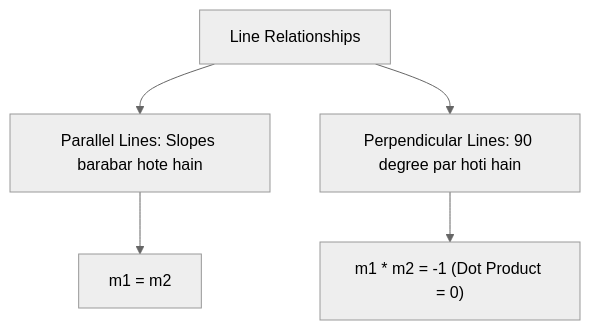
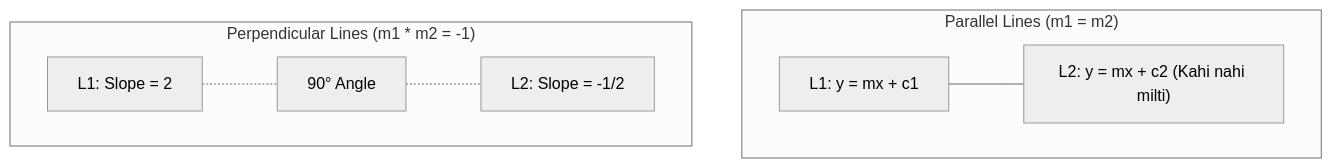
One commit to S1h2i3v4a/AI_ML changed the diagram in lecture_21/Notes_21.04/README_HINGLISH.md. Above: the diagram before and after it, drawn with Mermaid (neutral theme). The commit also changed other lines of this file and 203 other files, not shown here.

Commit message:
docs(lectures 19-21): align notes with video lectures, add blackboard diagrams, clean structured functions, and compile vector PDFs

````diff
--- a/lecture_21/Notes_21.04/README_HINGLISH.md
+++ b/lecture_21/Notes_21.04/README_HINGLISH.md
@@ -15,7 +44,9 @@
 ```mermaid
 flowchart TD
-    A["Line Relationships"] --> B["Parallel Lines: Slopes barabar hote hain"]
-    A --> C["Perpendicular Lines: 90 degree par hoti hain"]
-    B --> D["m1 = m2"]
-    C --> E["m1 * m2 = -1 (Dot Product = 0)"]
+    subgraph Parallel["Parallel Lines (m1 = m2)"]
+        L1["L1: y = mx + c1"] --- L2["L2: y = mx + c2 (Kahi nahi milti)"]
+    end
+    subgraph Perpendicular["Perpendicular Lines (m1 * m2 = -1)"]
+        P1["L1: Slope = 2"] -.- Angle["90° Angle"] -.- P2["L2: Slope = -1/2"]
+    end
 ```
````
